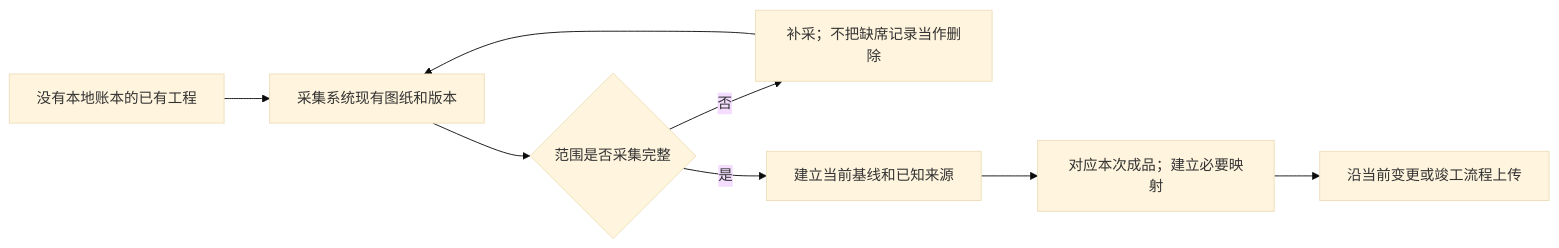
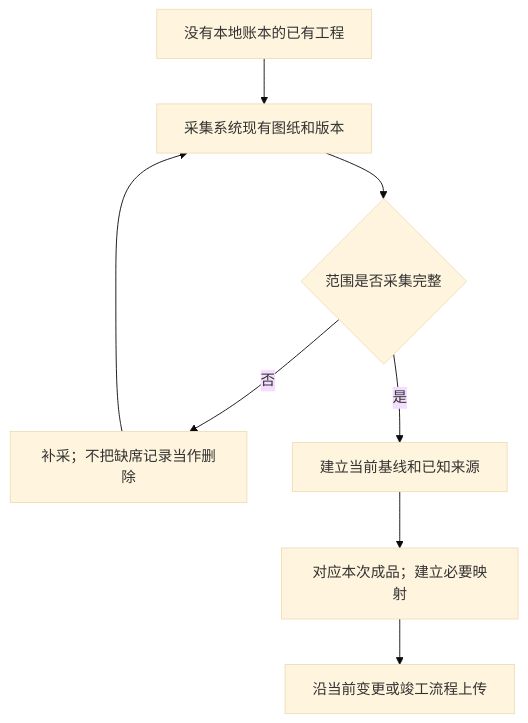
The fourth of 7 diagrams in docs/usage-walkthrough.md (Zazia/blueprint-batch-upload), drawn with Mermaid (base theme) before and after one commit. The commit also changed other lines of this file and 15 other files, not shown here.

````diff
--- a/docs/usage-walkthrough.md
+++ b/docs/usage-walkthrough.md
@@ -123,10 +151,10 @@
 ```mermaid
-flowchart LR
+flowchart TD
     A[没有本地账本的已有工程] --> B[采集系统现有图纸和版本]
     B --> C{范围是否采集完整}
     C -- 否 --> D[补采；不把缺席记录当作删除]
     D --> B
     C -- 是 --> E[建立当前基线和已知来源]
     E --> F[对应本次成品；建立必要映射]
     F --> G[沿当前变更或竣工流程上传]
 ```
````
